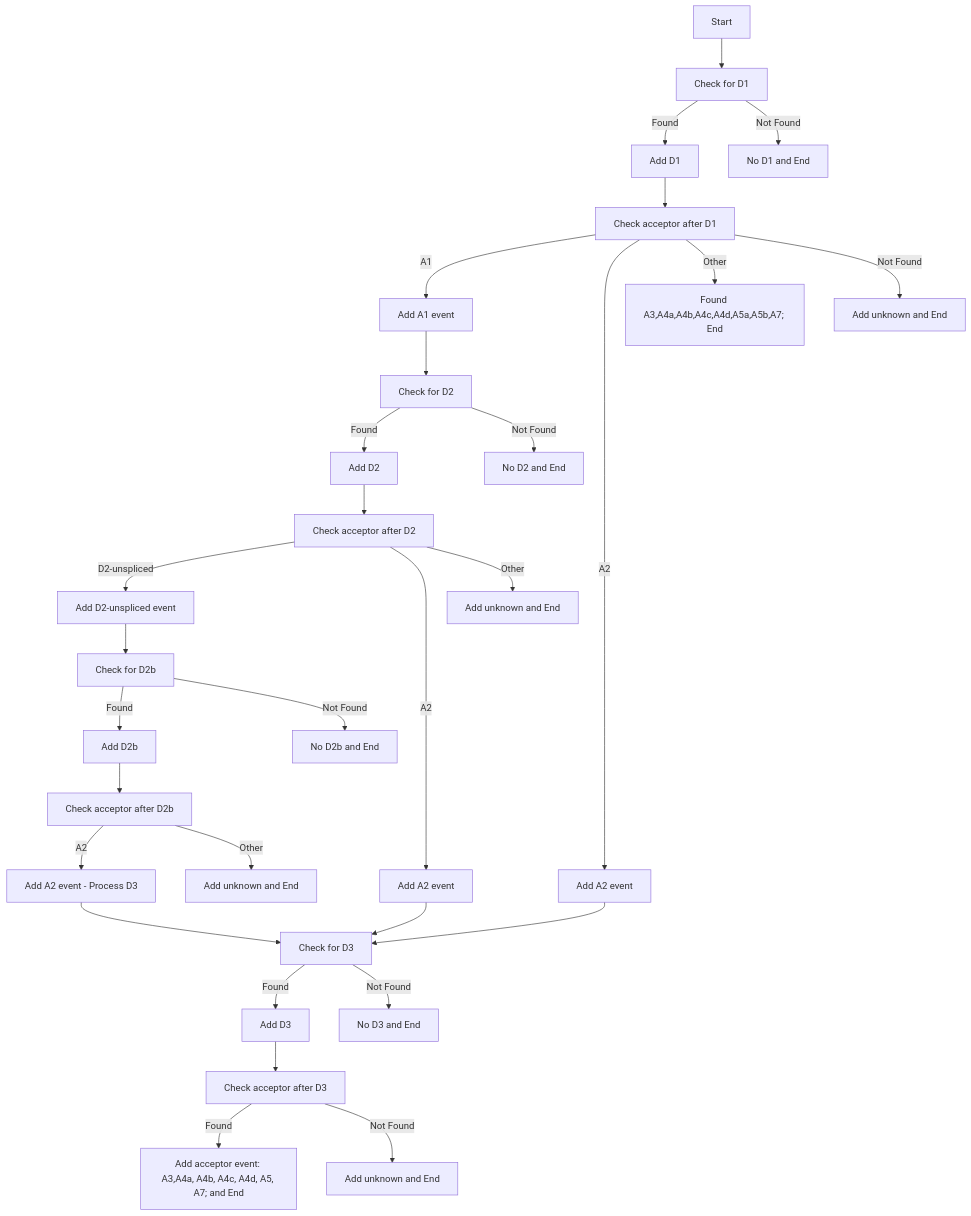
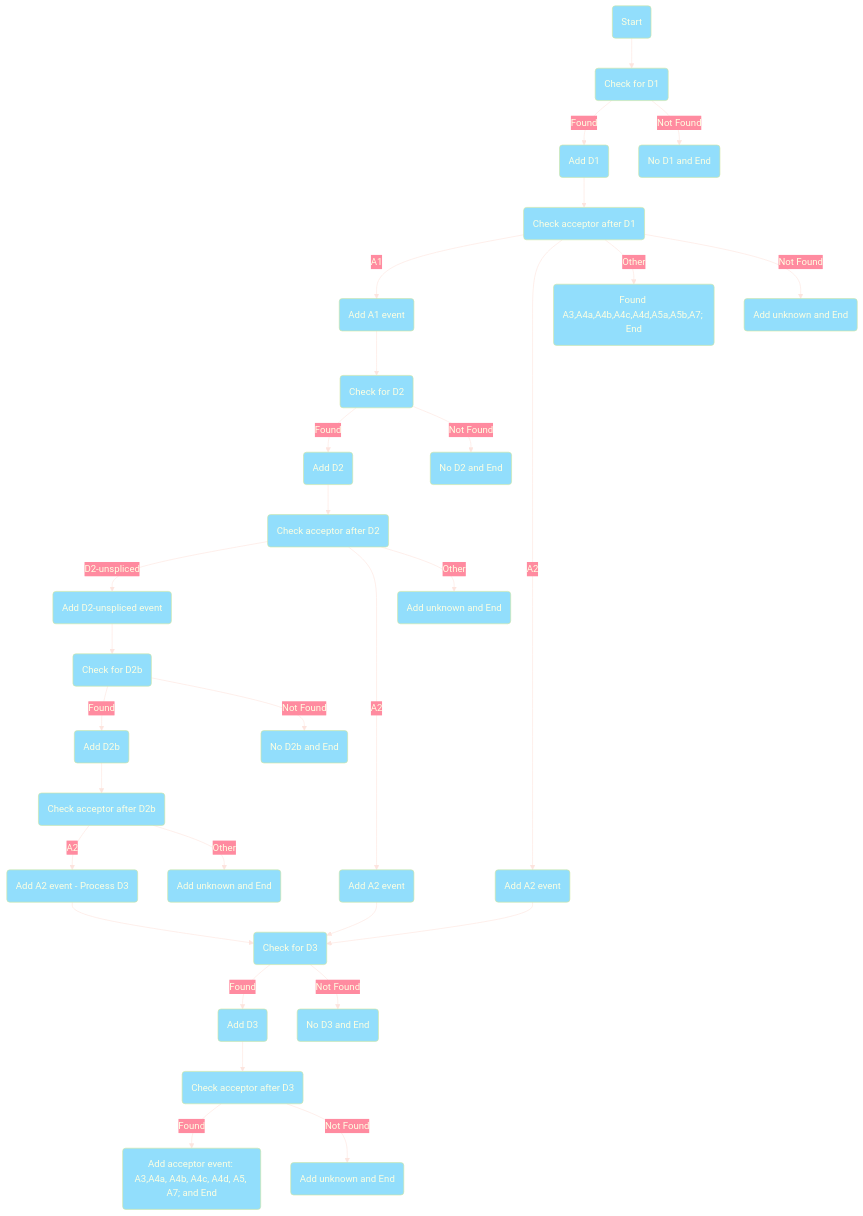
One commit to ViralSeq/viRust-splicing changed the diagram in Readme.md. Above: the diagram before and after it, drawn with Mermaid.

````diff
--- a/Readme.md
+++ b/Readme.md
@@ -7,44 +7,59 @@
 ```mermaid
 
+%%{
+  init: {
+    'theme': 'base',
+    'themeVariables': {
+      'primaryColor': '#92DEFC',
+      'primaryTextColor': '#FEFFE2',
+      'primaryBorderColor': '#D0E69E',
+      'lineColor': '#FDE4DE',
+      'secondaryColor': '#FF8BA0',
+      'tertiaryColor': '#FF8BA0'
+    }
+  }
+}%%
+
+
 flowchart TD
-    A[Start] --> B[Check for D1]
-    B -- Found --> C[Add D1]
-    B -- Not Found --> End1[No D1 and End]
+    A(Start) --> B(Check for D1)
+    B -- Found --> C(Add D1)
+    B -- Not Found --> End1(No D1 and End)
 
-    C --> D[Check acceptor after D1]
-    D -- A1 --> E[Add A1 event]
-    D -- A2 --> F[Add A2 event]
-    D -- Other --> End2[Found A3,A4a,A4b,A4c,A4d,A5a,A5b,A7; End]
-    D -- Not Found --> End3[Add unknown and End]
+    C --> D(Check acceptor after D1)
+    D -- A1 --> E(Add A1 event)
+    D -- A2 --> F(Add A2 event)
+    D -- Other --> End2(Found A3,A4a,A4b,A4c,A4d,A5a,A5b,A7; End)
+    D -- Not Found --> End3(Add unknown and End)
 
-    E --> G[Check for D2]
-    G -- Found --> H[Add D2]
-    G -- Not Found --> End4[No D2 and End]
+    E --> G(Check for D2)
+    G -- Found --> H(Add D2)
+    G -- Not Found --> End4(No D2 and End)
 
-    H --> I[Check acceptor after D2]
-    I -- D2-unspliced --> J[Add D2-unspliced event]
-    I -- A2 --> K[Add A2 event]
-    I -- Other --> End5[Add unknown and End]
+    H --> I(Check acceptor after D2)
+    I -- D2-unspliced --> J(Add D2-unspliced event)
+    I -- A2 --> K(Add A2 event)
+    I -- Other --> End5(Add unknown and End)
 
-    J --> L[Check for D2b]
-    L -- Found --> M[Add D2b]
-    L -- Not Found --> End6[No D2b and End]
+    J --> L(Check for D2b)
+    L -- Found --> M(Add D2b)
+    L -- Not Found --> End6(No D2b and End)
 
-    M --> N[Check acceptor after D2b]
-    N -- A2 --> O[Add A2 event - Process D3]
-    N -- Other --> End7[Add unknown and End]
+    M --> N(Check acceptor after D2b)
+    N -- A2 --> O(Add A2 event - Process D3)
+    N -- Other --> End7(Add unknown and End)
 
     %% Convergence to the D3 branch:
-    K --> P[Check for D3]
+    K --> P(Check for D3)
     F --> P
     O --> P
 
-    P -- Found --> Q[Add D3]
-    P -- Not Found --> End8[No D3 and End]
+    P -- Found --> Q(Add D3)
+    P -- Not Found --> End8(No D3 and End)
 
-    Q --> R[Check acceptor after D3 ]
-    R -- Found --> End9[Add acceptor event: A3,A4a, A4b, A4c, A4d, A5, A7; and End]
-    R -- Not Found --> End10[Add unknown and End]
+    Q --> R(Check acceptor after D3 )
+    R -- Found --> End9(Add acceptor event: A3,A4a, A4b, A4c, A4d, A5, A7; and End)
+    R -- Not Found --> End10(Add unknown and End)
 
 
 ```
````
